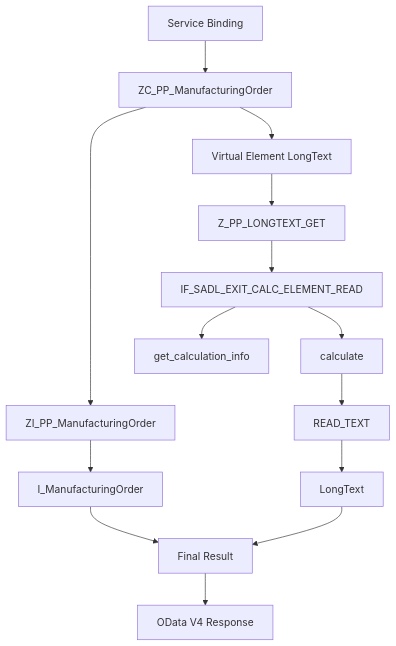
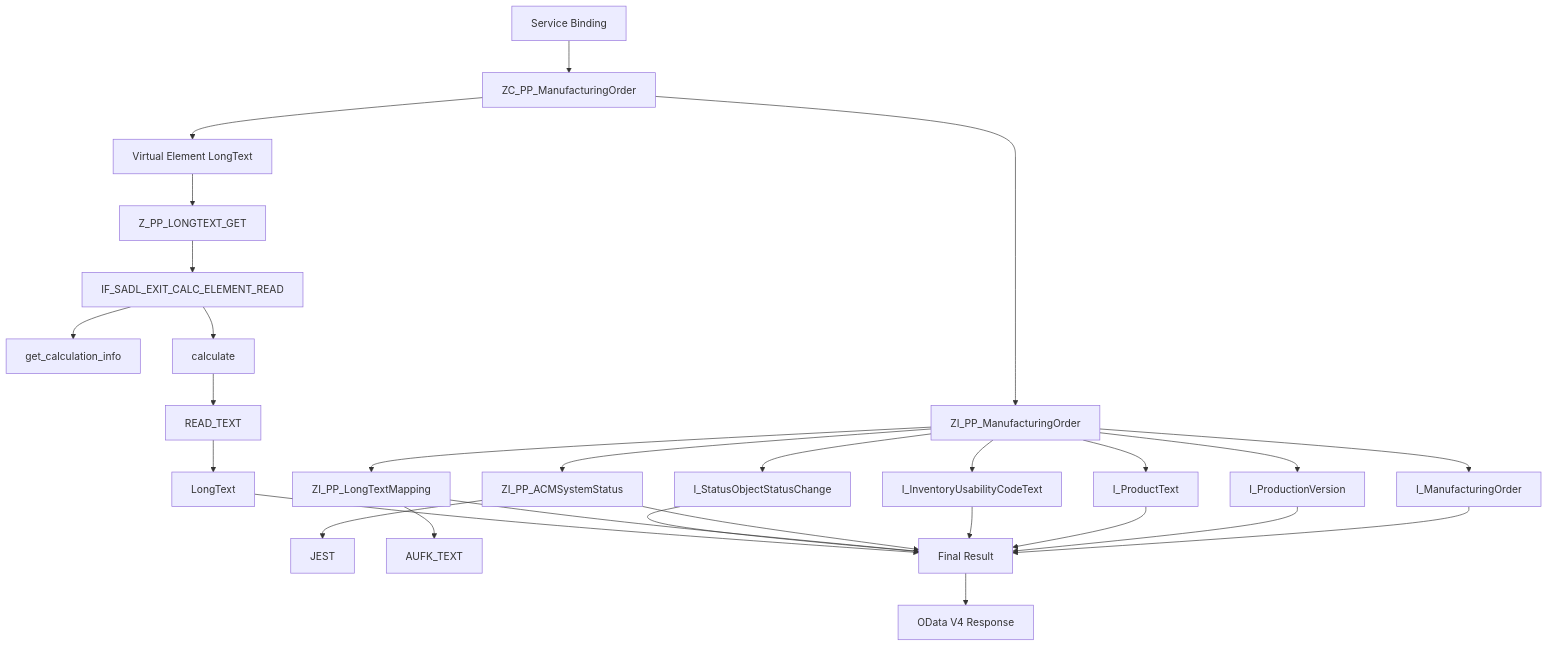
The diagram in sap/abap/rap/demo1/README.md (blackif/demo), drawn with Mermaid before and after one commit. The commit also changed other lines of this file, not shown here.

Commit message:
Complete RAP demo1 public API dependency inventory

````diff
--- a/sap/abap/rap/demo1/README.md
+++ b/sap/abap/rap/demo1/README.md
@@ -24,16 +25,30 @@
 ```mermaid
 flowchart TD
     A[Service Binding] --> B[ZC_PP_ManufacturingOrder]
     B --> C[ZI_PP_ManufacturingOrder]
     C --> D[I_ManufacturingOrder]
-    B --> E[Virtual Element LongText]
-    E --> F[Z_PP_LONGTEXT_GET]
-    F --> G[IF_SADL_EXIT_CALC_ELEMENT_READ]
-    G --> H[get_calculation_info]
-    G --> I[calculate]
-    I --> J[READ_TEXT]
-    J --> K[LongText]
-    D --> L[Final Result]
-    K --> L
-    L --> M[OData V4 Response]
+    C --> E[I_ProductionVersion]
+    C --> F[I_ProductText]
+    C --> G[I_InventoryUsabilityCodeText]
+    C --> H[ZI_PP_ACMSystemStatus]
+    C --> I[ZI_PP_LongTextMapping]
+    C --> J[I_StatusObjectStatusChange]
+    H --> K[JEST]
+    I --> L[AUFK_TEXT]
+    B --> M[Virtual Element LongText]
+    M --> N[Z_PP_LONGTEXT_GET]
+    N --> O[IF_SADL_EXIT_CALC_ELEMENT_READ]
+    O --> P[get_calculation_info]
+    O --> Q[calculate]
+    Q --> R[READ_TEXT]
+    R --> S[LongText]
+    D --> T[Final Result]
+    E --> T
+    F --> T
+    G --> T
+    H --> T
+    I --> T
+    J --> T
+    S --> T
+    T --> U[OData V4 Response]
 ```
````
